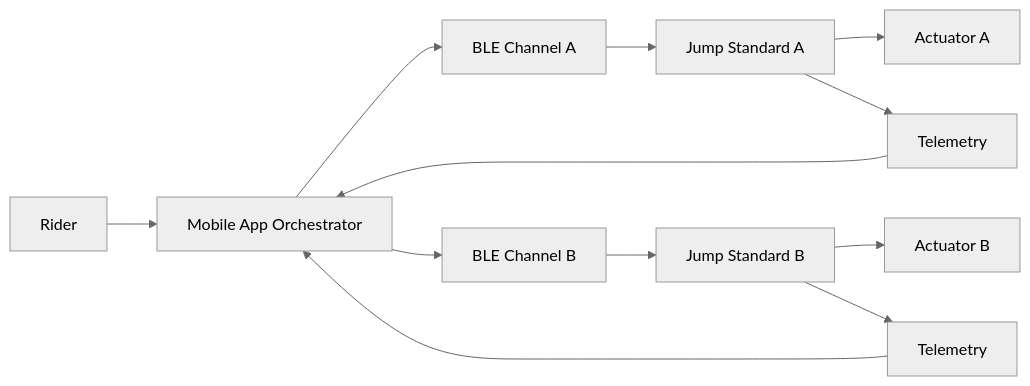
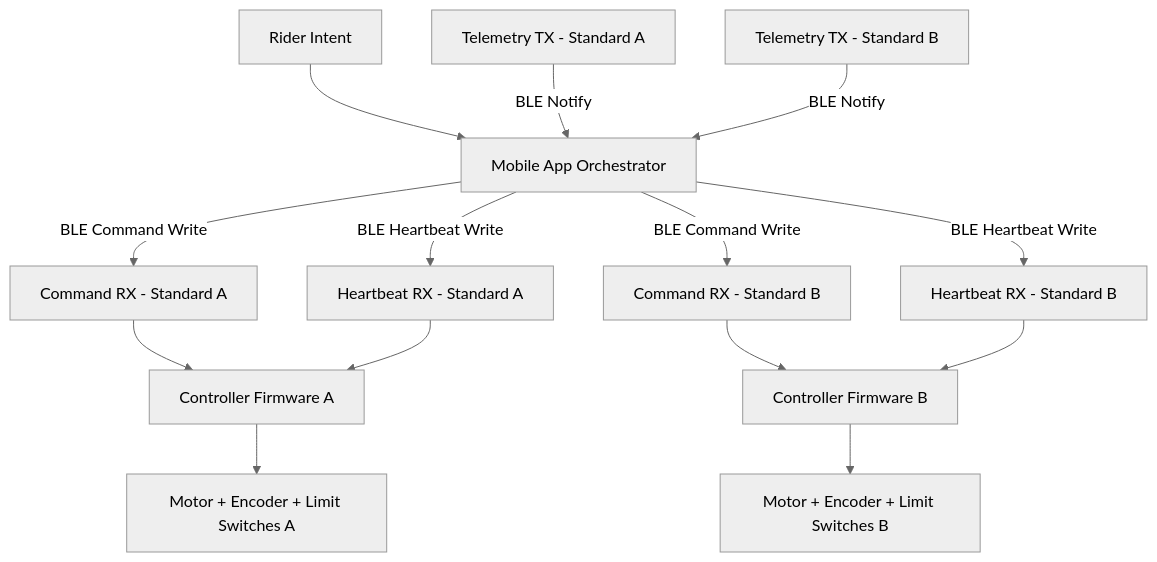
One commit to arisharazakhan-cpu/smart-jump-prototype changed the diagram in README.md. Above: the diagram before and after it, drawn with Mermaid (neutral theme). The commit also changed other lines of this file, not shown here.

````diff
--- a/README.md
+++ b/README.md
@@ -77,19 +66,22 @@
 ```mermaid
-flowchart LR
-    Rider[Rider] --> App[Mobile App Orchestrator]
+flowchart TB
 
-    App --> BLEA[BLE Channel A]
-    App --> BLEB[BLE Channel B]
+    Rider[Rider Intent] --> App[Mobile App Orchestrator]
 
-    BLEA --> DevA[Jump Standard A]
-    BLEB --> DevB[Jump Standard B]
+    App -->|BLE Command Write| CmdA[Command RX - Standard A]
+    App -->|BLE Heartbeat Write| HbA[Heartbeat RX - Standard A]
+    TelA[Telemetry TX - Standard A] -->|BLE Notify| App
 
-    DevA --> MotorA[Actuator A]
-    DevB --> MotorB[Actuator B]
+    App -->|BLE Command Write| CmdB[Command RX - Standard B]
+    App -->|BLE Heartbeat Write| HbB[Heartbeat RX - Standard B]
+    TelB[Telemetry TX - Standard B] -->|BLE Notify| App
 
-    DevA --> TelemetryA[Telemetry]
-    DevB --> TelemetryB[Telemetry]
+    CmdA --> DevA[Controller Firmware A]
+    HbA --> DevA
+    DevA --> MotA[Motor + Encoder + Limit Switches A]
 
-    TelemetryA --> App
-    TelemetryB --> App
+    CmdB --> DevB[Controller Firmware B]
+    HbB --> DevB
+    DevB --> MotB[Motor + Encoder + Limit Switches B]
+
 ```
````
